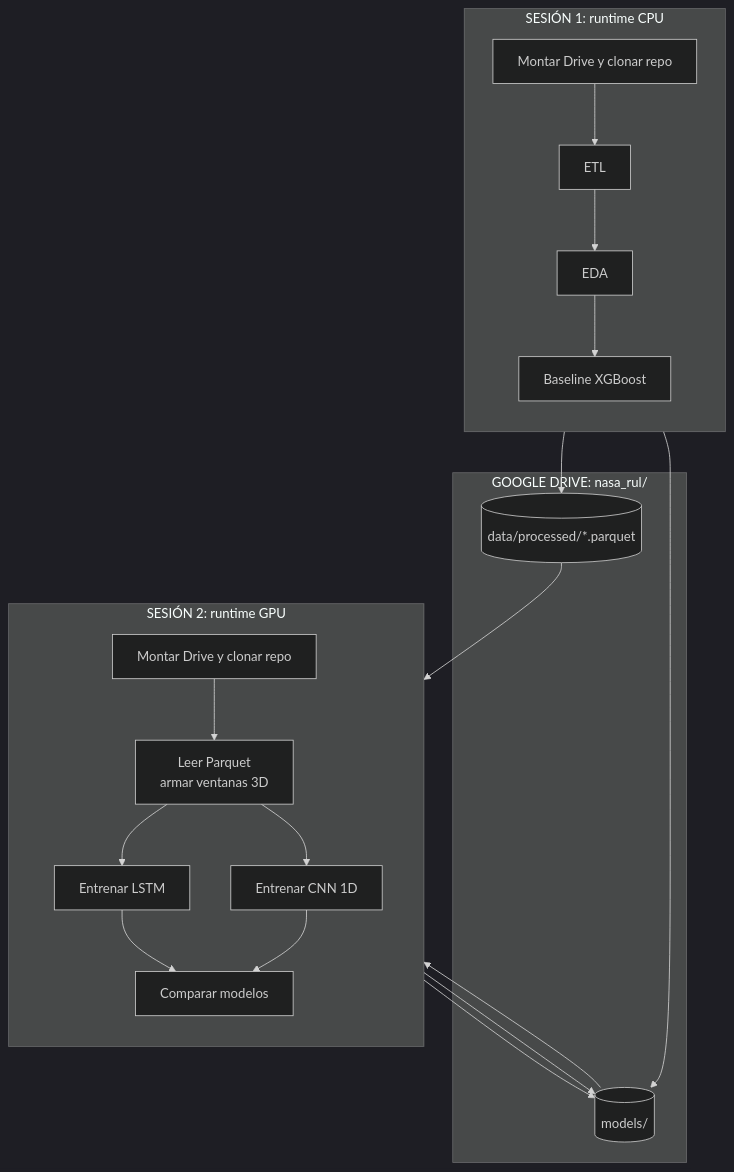
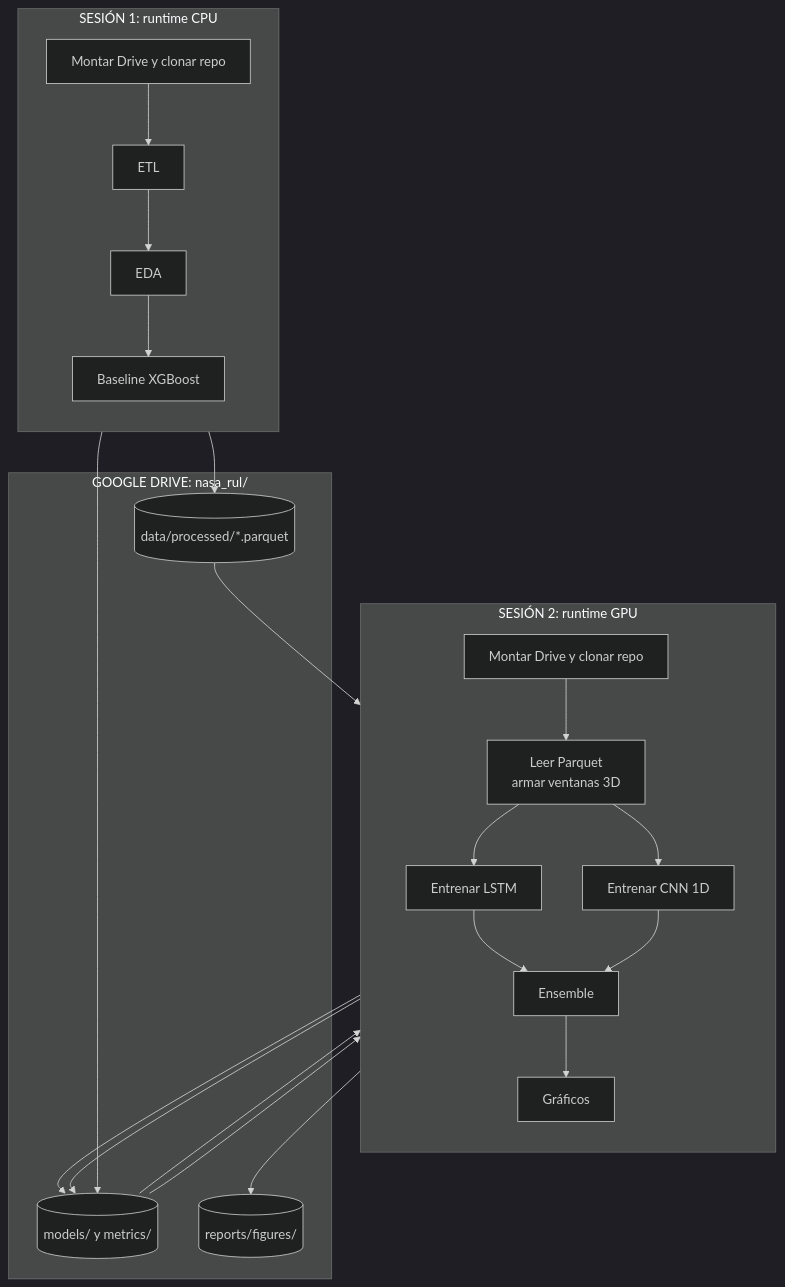
Before and after one commit to facupeletay/nasa-turbofan-rul: the third of 3 diagrams in docs/02_process_architecture.md, drawn with Mermaid (dark theme). The commit also changed other lines of this file and 6 other files, not shown here.

````diff
--- a/docs/02_process_architecture.md
+++ b/docs/02_process_architecture.md
@@ -210,27 +246,31 @@
 ```mermaid
 flowchart TB
     subgraph CPU["SESIÓN 1: runtime CPU"]
         direction TB
         C1["Montar Drive y clonar repo"] --> C2["ETL"]
         C2 --> C3["EDA"]
         C3 --> C4["Baseline XGBoost"]
     end
     subgraph DRIVE["GOOGLE DRIVE: nasa_rul/"]
         D1[("data/processed/*.parquet")]
-        D2[("models/")]
+        D2[("models/ y metrics/")]
+        D3[("reports/figures/")]
     end
     subgraph GPU["SESIÓN 2: runtime GPU"]
         direction TB
         G1["Montar Drive y clonar repo"] --> G2["Leer Parquet<br/>armar ventanas 3D"]
         G2 --> G3["Entrenar LSTM"]
         G2 --> G4["Entrenar CNN 1D"]
-        G3 --> G5["Comparar modelos"]
+        G3 --> G5["Ensemble"]
         G4 --> G5
+        G5 --> G6["Gráficos"]
     end
     C2 --> D1
     C4 --> D2
     D1 --> G2
     G3 --> D2
     G4 --> D2
     D2 --> G5
+    D2 --> G6
+    G6 --> D3
 ```
````
